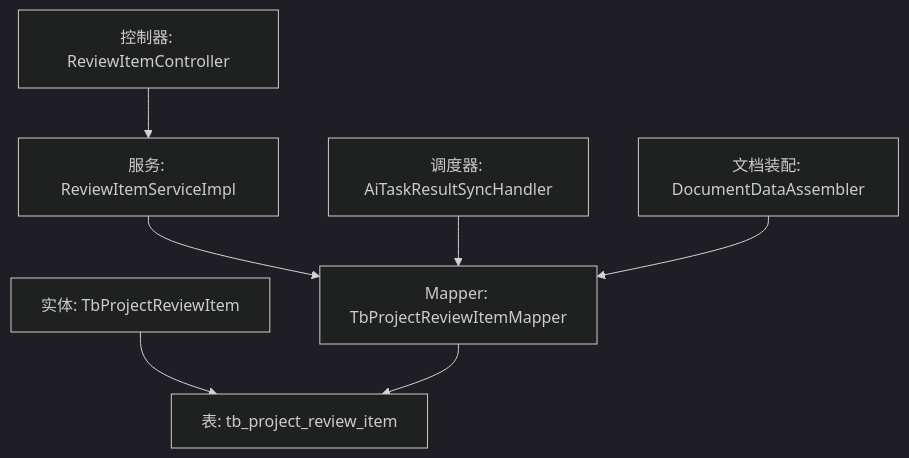
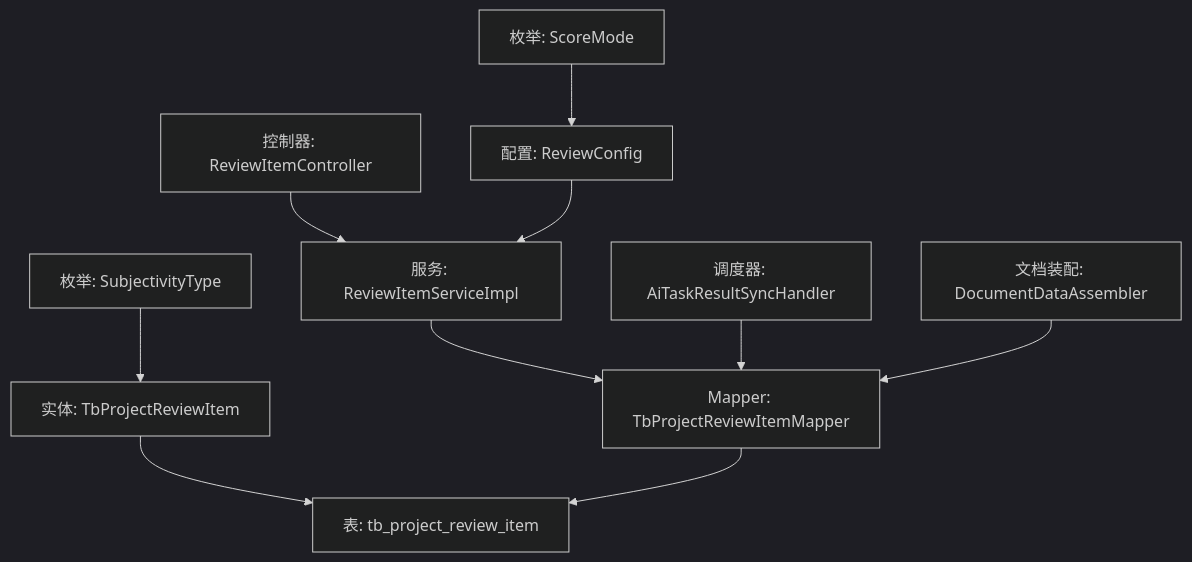
The first of 8 diagrams in .qoder/repowiki/zh/content/数据库设计/核心业务数据模型/评审项实体(TbProjectReviewItem).md (DrunkFood/First), drawn with Mermaid (dark theme) before and after one commit. The commit also changed other lines of this file and 70 other files, not shown here.

````diff
--- a/.qoder/repowiki/zh/content/数据库设计/核心业务数据模型/评审项实体(TbProjectReviewItem).md
+++ b/.qoder/repowiki/zh/content/数据库设计/核心业务数据模型/评审项实体(TbProjectReviewItem).md
@@ -39,9 +51,12 @@
 ```mermaid
 graph TB
 A["实体: TbProjectReviewItem"] --> B["表: tb_project_review_item"]
 C["Mapper: TbProjectReviewItemMapper"] --> B
 D["服务: ReviewItemServiceImpl"] --> C
 E["控制器: ReviewItemController"] --> D
 F["调度器: AiTaskResultSyncHandler"] --> C
 G["文档装配: DocumentDataAssembler"] --> C
+H["配置: ReviewConfig"] --> D
+I["枚举: ScoreMode"] --> H
+J["枚举: SubjectivityType"] --> A
 ```
````
